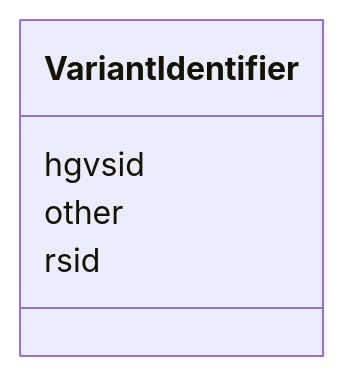
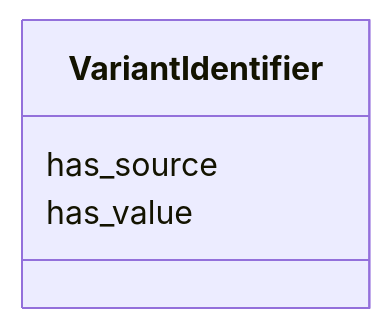
Before and after one commit to neurovasc/neugenfair: the diagram in schemas/docs/VariantIdentifier.md, drawn with Mermaid. The commit also changed other lines of this file and 80 other files, not shown here.

Commit message:
modified SequenceAlteration, VariantIdentifier and Region models

````diff
--- a/schemas/docs/VariantIdentifier.md
+++ b/schemas/docs/VariantIdentifier.md
@@ -18,12 +18,10 @@
 ```mermaid
  classDiagram
     class VariantIdentifier
     click VariantIdentifier href "../VariantIdentifier/"
-      VariantIdentifier : hgvsid
+      VariantIdentifier : has_source
         
-      VariantIdentifier : other
-        
-      VariantIdentifier : rsid
+      VariantIdentifier : has_value
         
       
 ```
````
